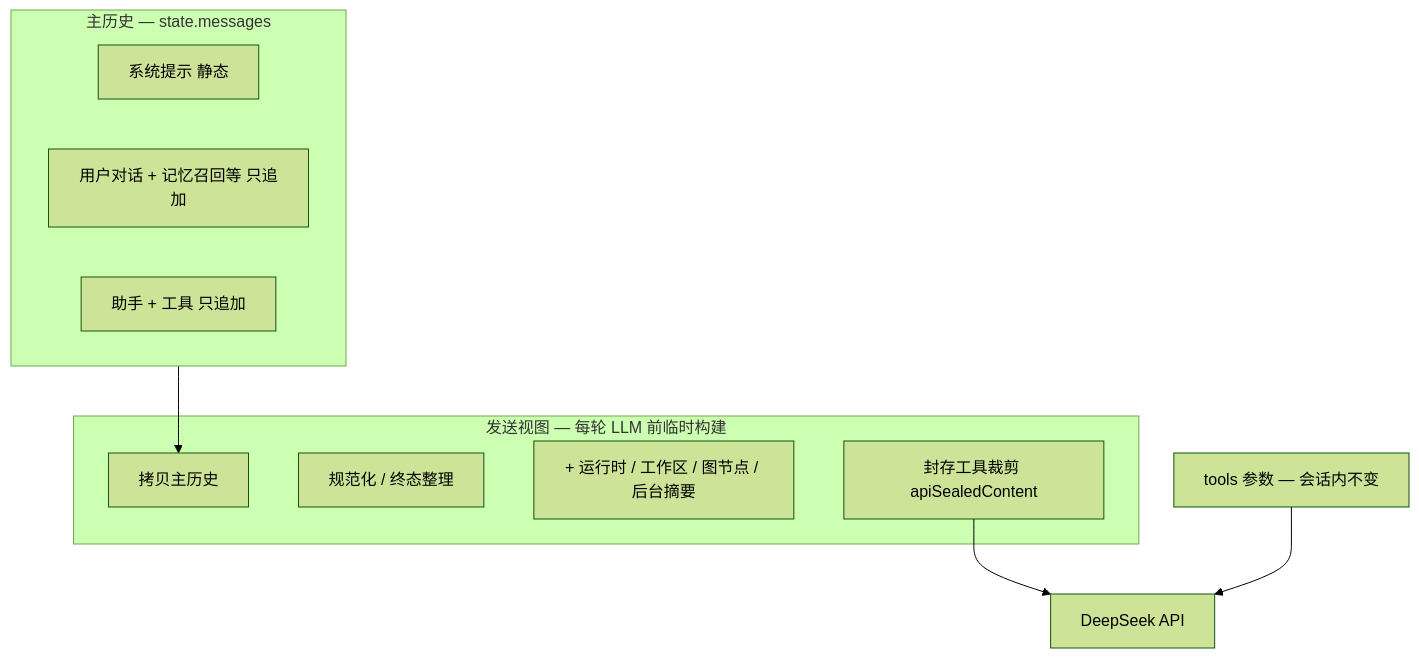
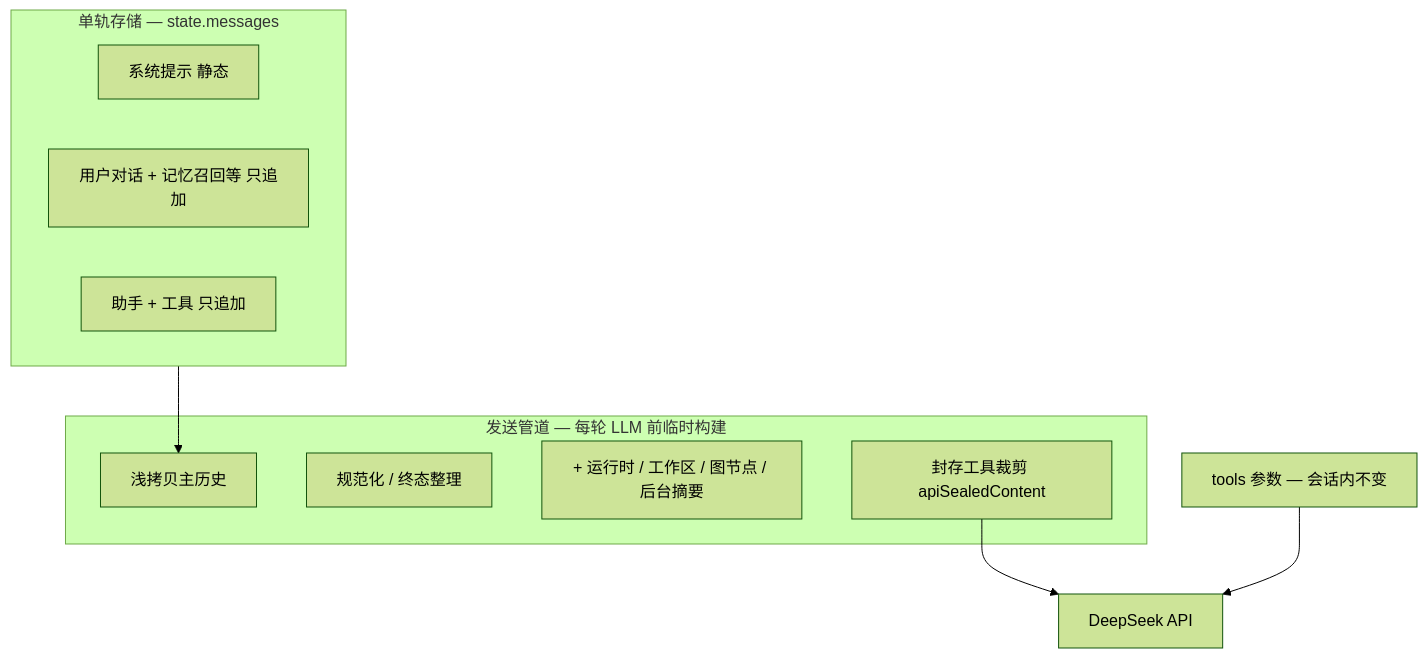
One commit to lbiceman/iceCoder changed the diagram in docs/harness/Prompt-Caching-优化方案.md. Above: the diagram before and after it, drawn with Mermaid (forest theme). The commit also changed other lines of this file and 1 other file, not shown here.

````diff
--- a/docs/harness/Prompt-Caching-优化方案.md
+++ b/docs/harness/Prompt-Caching-优化方案.md
@@ -78,19 +80,19 @@
 ```mermaid
 flowchart TB
-  subgraph canonical [主历史 — state.messages]
+  subgraph store [单轨存储 — state.messages]
     SYS[系统提示 静态]
     USER[用户对话 + 记忆召回等 只追加]
     ASST[助手 + 工具 只追加]
   end
 
-  subgraph sendview [发送视图 — 每轮 LLM 前临时构建]
-    CANON[拷贝主历史]
+  subgraph pipeline [发送管道 — 每轮 LLM 前临时构建]
+    CANON[浅拷贝主历史]
     NORM[规范化 / 终态整理]
     EPHEM[+ 运行时 / 工作区 / 图节点 / 后台摘要]
     SEAL[封存工具裁剪 apiSealedContent]
   end
 
-  canonical --> CANON
+  store --> CANON
   SEAL --> API[DeepSeek API]
   TOOLS[tools 参数 — 会话内不变] --> API
 ```
````
